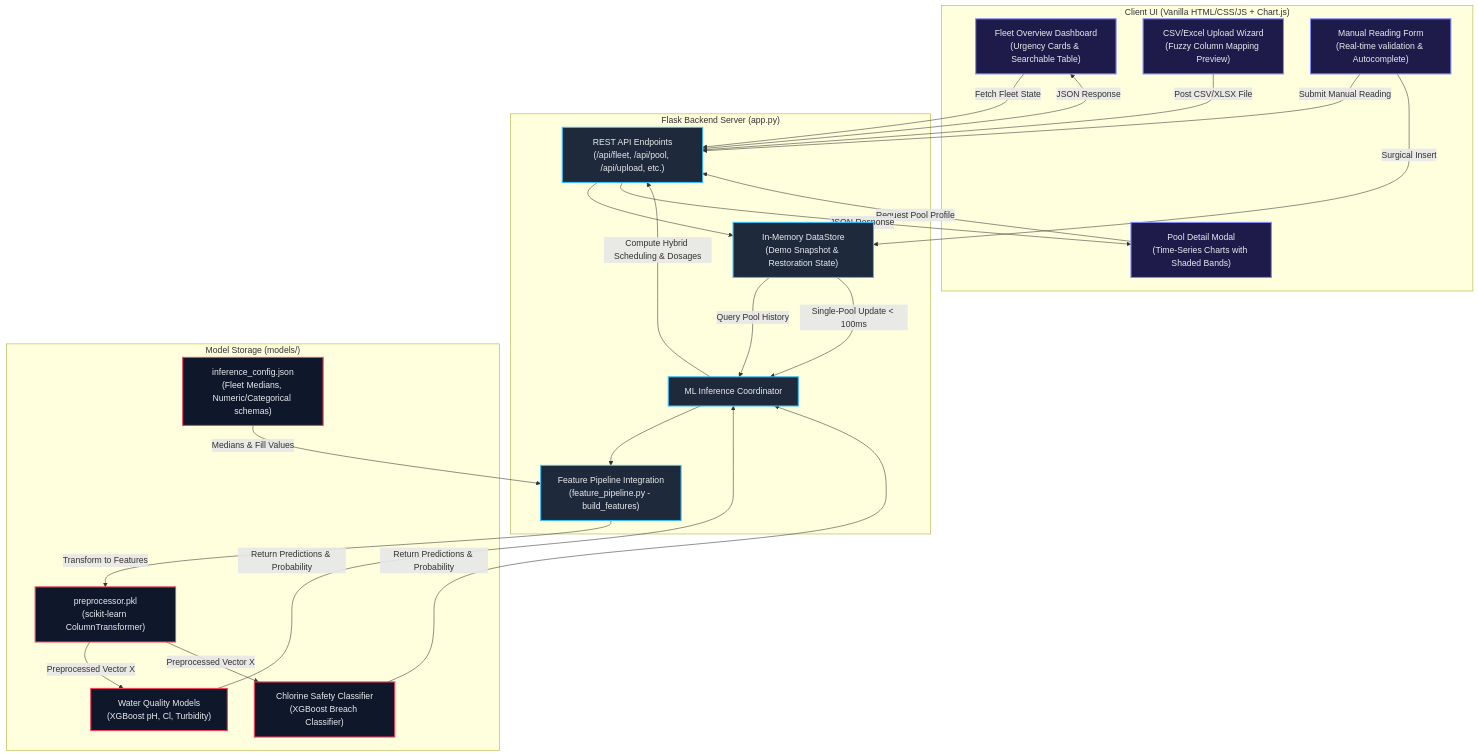
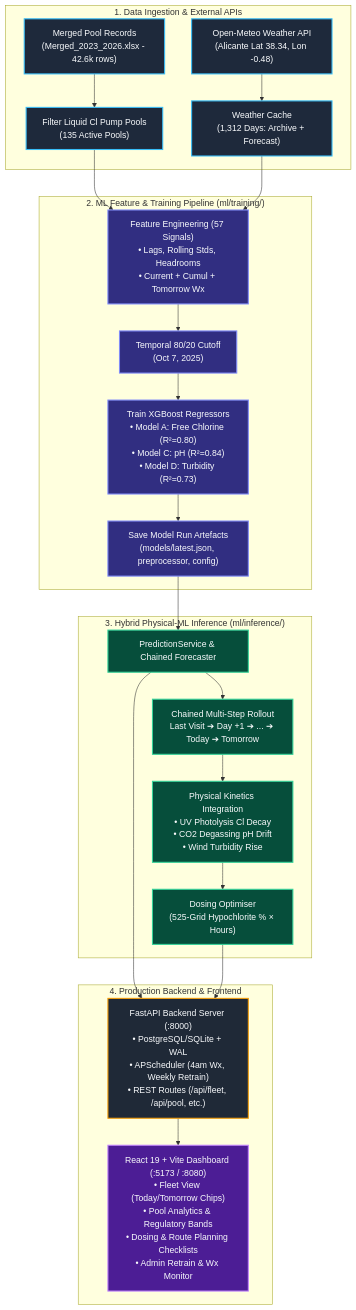
The diagram in README.md (Imad-81/pool-maintenance), drawn with Mermaid before and after one commit. The commit also changed other lines of this file and 2 other files, not shown here.

Commit message:
docs: update README with comprehensive V6 architecture and system documentation

````diff
--- a/README.md
+++ b/README.md
@@ -81,53 +82,38 @@
 ```mermaid
 graph TD
-    classDef ui fill:#1e1b4b,stroke:#818cf8,stroke-width:2px,color:#e8eaed;
-    classDef server fill:#1e293b,stroke:#38bdf8,stroke-width:2px,color:#e8eaed;
-    classDef model fill:#0f172a,stroke:#f43f5e,stroke-width:2px,color:#e8eaed;
-    classDef storage fill:#14532d,stroke:#22c55e,stroke-width:2px,color:#e8eaed;
+    classDef source fill:#1e293b,stroke:#38bdf8,stroke-width:2px,color:#f8fafc;
+    classDef ml fill:#312e81,stroke:#818cf8,stroke-width:2px,color:#f8fafc;
+    classDef physics fill:#064e3b,stroke:#34d399,stroke-width:2px,color:#f8fafc;
+    classDef backend fill:#1f2937,stroke:#f59e0b,stroke-width:2px,color:#f8fafc;
+    classDef frontend fill:#4c1d95,stroke:#c084fc,stroke-width:2px,color:#f8fafc;
 
-    subgraph Client_UI ["Client UI (Vanilla HTML/CSS/JS + Chart.js)"]
-        UI_Home["Fleet Overview Dashboard<br>(Urgency Cards & Searchable Table)"]
-        UI_Modal["Pool Detail Modal<br>(Time-Series Charts with Shaded Bands)"]
-        UI_Upload["CSV/Excel Upload Wizard<br>(Fuzzy Column Mapping Preview)"]
-        UI_Manual["Manual Reading Form<br>(Real-time validation & Autocomplete)"]
+    subgraph Data_Sources ["1. Data Ingestion & External APIs"]
+        RAW["Merged Pool Records<br>(Merged_2023_2026.xlsx - 42.6k rows)"] --> FILT["Filter Liquid Cl Pump Pools<br>(135 Active Pools)"]
+        WX_API["Open-Meteo Weather API<br>(Alicante Lat 38.34, Lon -0.48)"] --> WX_CACHE["Weather Cache<br>(1,312 Days: Archive + Forecast)"]
     end
 
-    subgraph Flask_Backend ["Flask Backend Server (app.py)"]
-        API["REST API Endpoints<br>(/api/fleet, /api/pool, /api/upload, etc.)"]
-        DS["In-Memory DataStore<br>(Demo Snapshot & Restoration State)"]
-        FE["Feature Pipeline Integration<br>(feature_pipeline.py - build_features)"]
-        INF["ML Inference Coordinator"]
+    subgraph ML_Training ["2. ML Feature & Training Pipeline (ml/training/)"]
+        FILT & WX_CACHE --> FEAT["Feature Engineering (57 Signals)<br>• Lags, Rolling Stds, Headrooms<br>• Current + Cumul + Tomorrow Wx"]
+        FEAT --> SPLIT["Temporal 80/20 Cutoff<br>(Oct 7, 2025)"]
+        SPLIT --> TRAIN["Train XGBoost Regressors<br>• Model A: Free Chlorine (R²=0.80)<br>• Model C: pH (R²=0.84)<br>• Model D: Turbidity (R²=0.73)"]
+        TRAIN --> ARTIFACTS["Save Model Run Artefacts<br>(models/latest.json, preprocessor, config)"]
     end
 
-    subgraph Model_Storage ["Model Storage (models/)"]
-        CFG["inference_config.json<br>(Fleet Medians, Numeric/Categorical schemas)"]
-        PRE["preprocessor.pkl<br>(scikit-learn ColumnTransformer)"]
-        M_WQ["Water Quality Models<br>(XGBoost pH, Cl, Turbidity)"]
-        M_CLF["Chlorine Safety Classifier<br>(XGBoost Breach Classifier)"]
+    subgraph Inference_Engine ["3. Hybrid Physical-ML Inference (ml/inference/)"]
+        ARTIFACTS --> INF["PredictionService & Chained Forecaster"]
+        INF --> CHAIN["Chained Multi-Step Rollout<br>Last Visit ➔ Day +1 ➔ ... ➔ Today ➔ Tomorrow"]
+        CHAIN --> KINETICS["Physical Kinetics Integration<br>• UV Photolysis Cl Decay<br>• CO2 Degassing pH Drift<br>• Wind Turbidity Rise"]
+        KINETICS --> OPT["Dosing Optimiser<br>(525-Grid Hypochlorite % × Hours)"]
     end
 
-    %% Client and Server interaction
-    UI_Home -->|Fetch Fleet State| API
-    UI_Modal -->|Request Pool Profile| API
-    UI_Upload -->|Post CSV/XLSX File| API
-    UI_Manual -->|Submit Manual Reading| API
+    subgraph Production_Stack ["4. Production Backend & Frontend"]
+        INF & OPT --> API["FastAPI Backend Server (:8000)<br>• PostgreSQL/SQLite + WAL<br>• APScheduler (4am Wx, Weekly Retrain)<br>• REST Routes (/api/fleet, /api/pool, etc.)"]
+        API --> UI["React 19 + Vite Dashboard (:5173 / :8080)<br>• Fleet View (Today/Tomorrow Chips)<br>• Pool Analytics & Regulatory Bands<br>• Dosing & Route Planning Checklists<br>• Admin Retrain & Wx Monitor"]
+    end
 
-    %% Backend processing flow
-    API --> DS
-    DS -->|Query Pool History| INF
-    INF --> FE
-    FE -->|Transform to Features| PRE
-    PRE -->|Preprocessed Vector X| M_WQ & M_CLF
-    CFG -->|Medians & Fill Values| FE
-    M_WQ & M_CLF -->|Return Predictions & Probability| INF
-    INF -->|Compute Hybrid Scheduling & Dosages| API
-    API -->|JSON Response| UI_Home & UI_Modal
-
-    %% Fast insertion flow
-    UI_Manual -->|Surgical Insert| DS
-    DS -->|Single-Pool Update < 100ms| INF
-
-    class UI_Home,UI_Modal,UI_Upload,UI_Manual ui;
-    class API,DS,FE,INF server;
-    class CFG,PRE,M_WQ,M_CLF model;
+    class RAW,FILT,WX_API,WX_CACHE source;
+    class FEAT,SPLIT,TRAIN,ARTIFACTS ml;
+    class INF,CHAIN,KINETICS,OPT physics;
+    class API backend;
+    class UI frontend;
 ```
````
